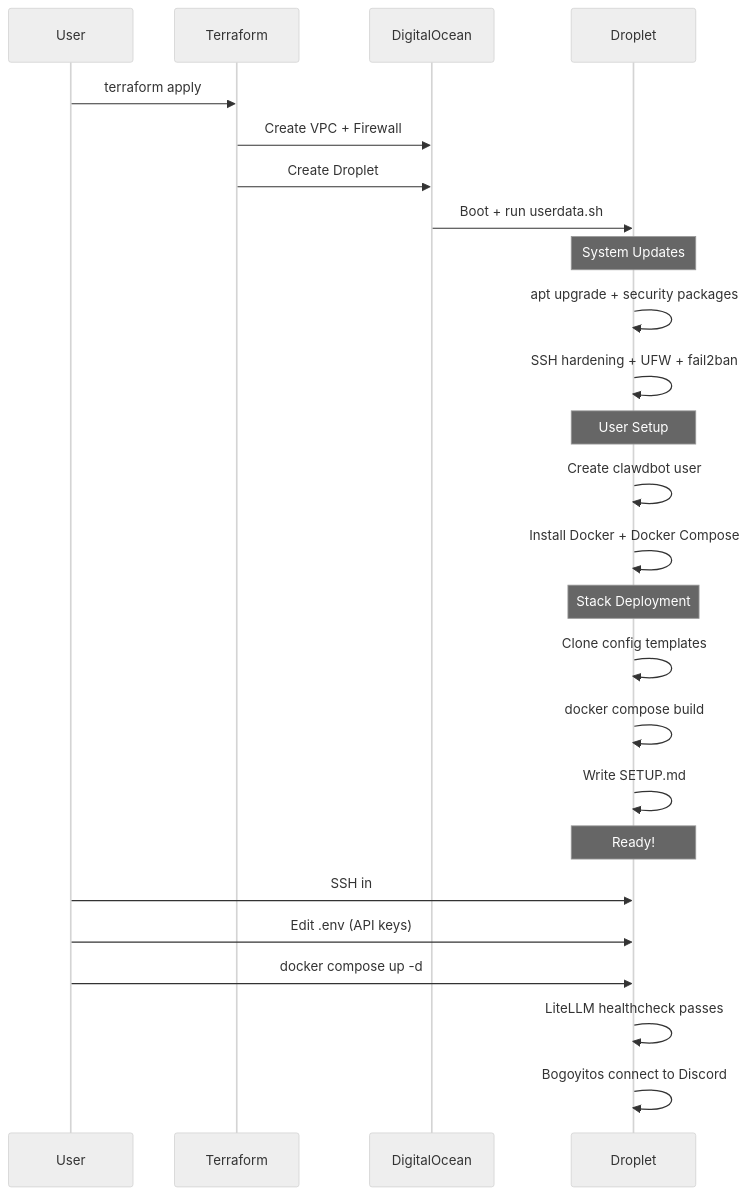
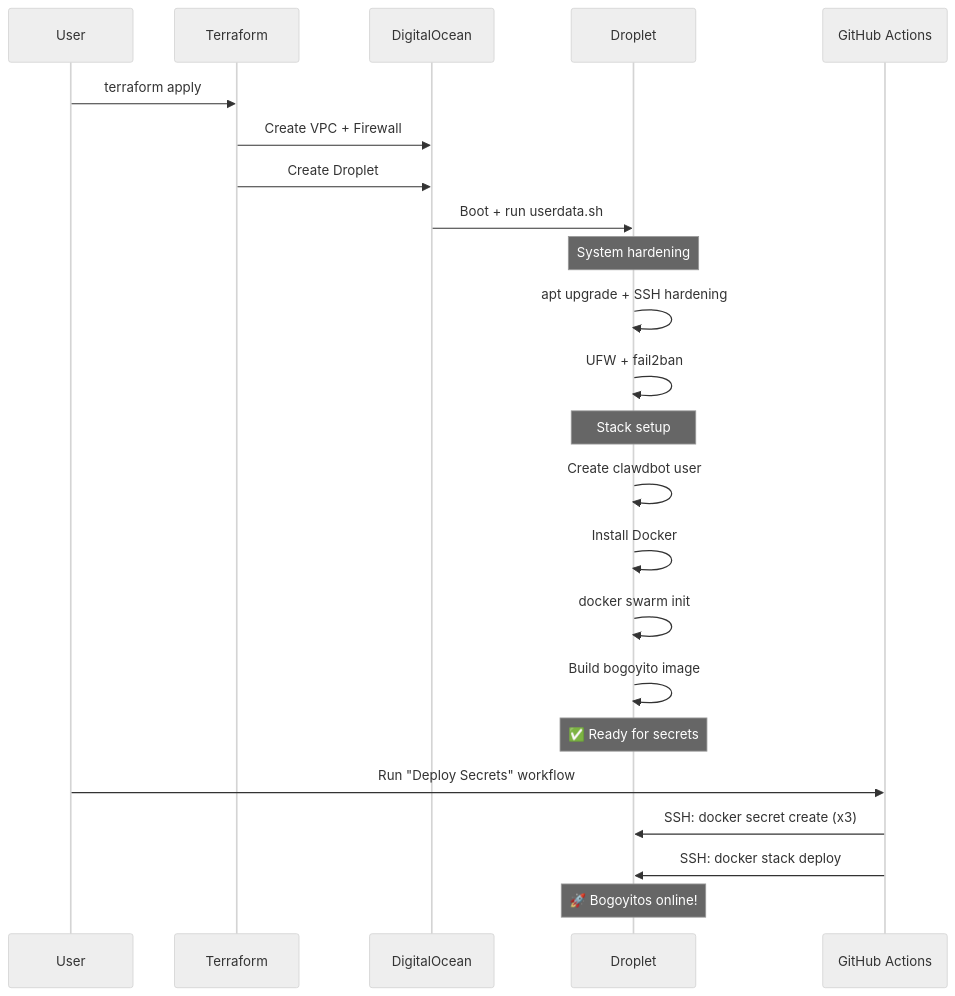
The third of 3 diagrams in README.md (drewpypro/clawdbot-do), drawn with Mermaid (neutral theme) before and after one commit. The commit also changed other lines of this file and 5 other files, not shown here.

First line of the commit message:
refactor: Docker Secrets via Swarm — no API keys on disk

````diff
--- a/README.md
+++ b/README.md
@@ -57,32 +97,30 @@
 ```mermaid
 sequenceDiagram
     participant U as User
     participant TF as Terraform
     participant DO as DigitalOcean
     participant D as Droplet
+    participant GA as GitHub Actions
 
     U->>TF: terraform apply
     TF->>DO: Create VPC + Firewall
     TF->>DO: Create Droplet
     DO->>D: Boot + run userdata.sh
     
-    Note over D: System Updates
-    D->>D: apt upgrade + security packages
-    D->>D: SSH hardening + UFW + fail2ban
+    Note over D: System hardening
+    D->>D: apt upgrade + SSH hardening
+    D->>D: UFW + fail2ban
     
-    Note over D: User Setup
+    Note over D: Stack setup
     D->>D: Create clawdbot user
-    D->>D: Install Docker + Docker Compose
+    D->>D: Install Docker
+    D->>D: docker swarm init
+    D->>D: Build bogoyito image
     
-    Note over D: Stack Deployment
-    D->>D: Clone config templates
-    D->>D: docker compose build
-    D->>D: Write SETUP.md
+    Note over D: ✅ Ready for secrets
+    U->>GA: Run "Deploy Secrets" workflow
+    GA->>D: SSH: docker secret create (x3)
+    GA->>D: SSH: docker stack deploy
     
-    Note over D: Ready!
-    U->>D: SSH in
-    U->>D: Edit .env (API keys)
-    U->>D: docker compose up -d
-    D->>D: LiteLLM healthcheck passes
-    D->>D: Bogoyitos connect to Discord
+    Note over D: 🚀 Bogoyitos online!
 ```
````
